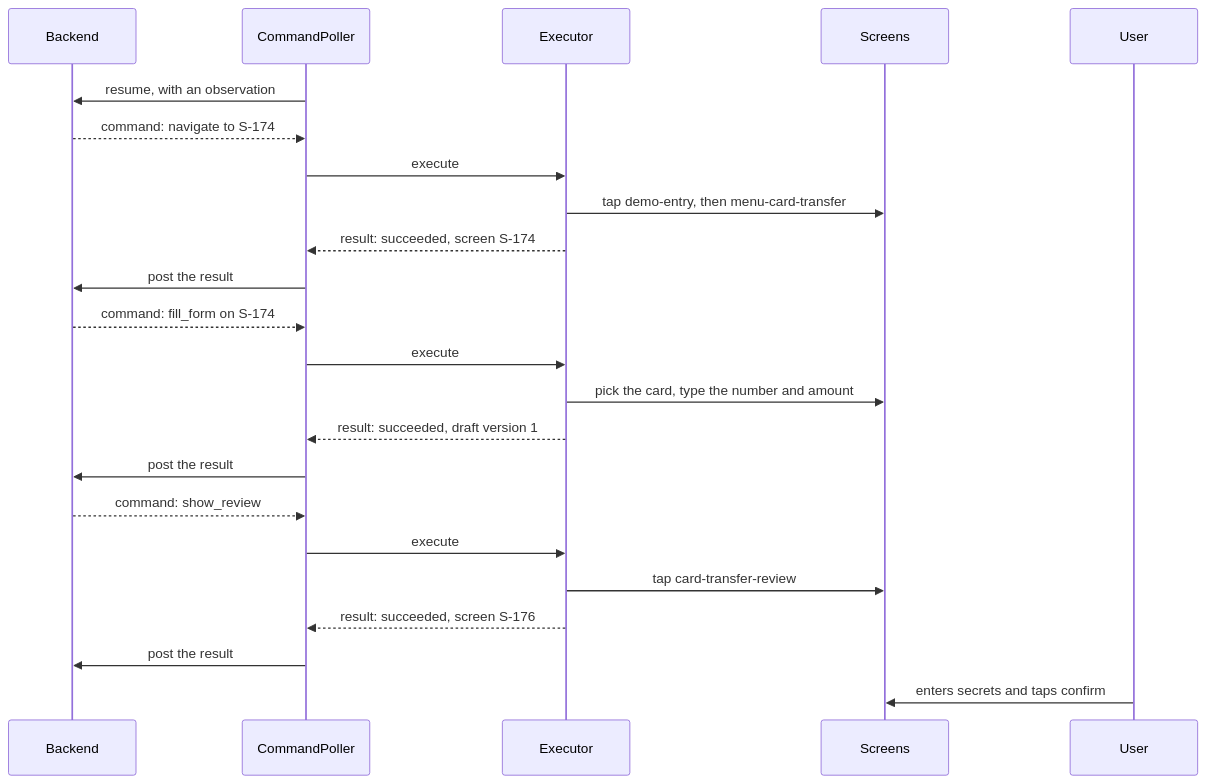
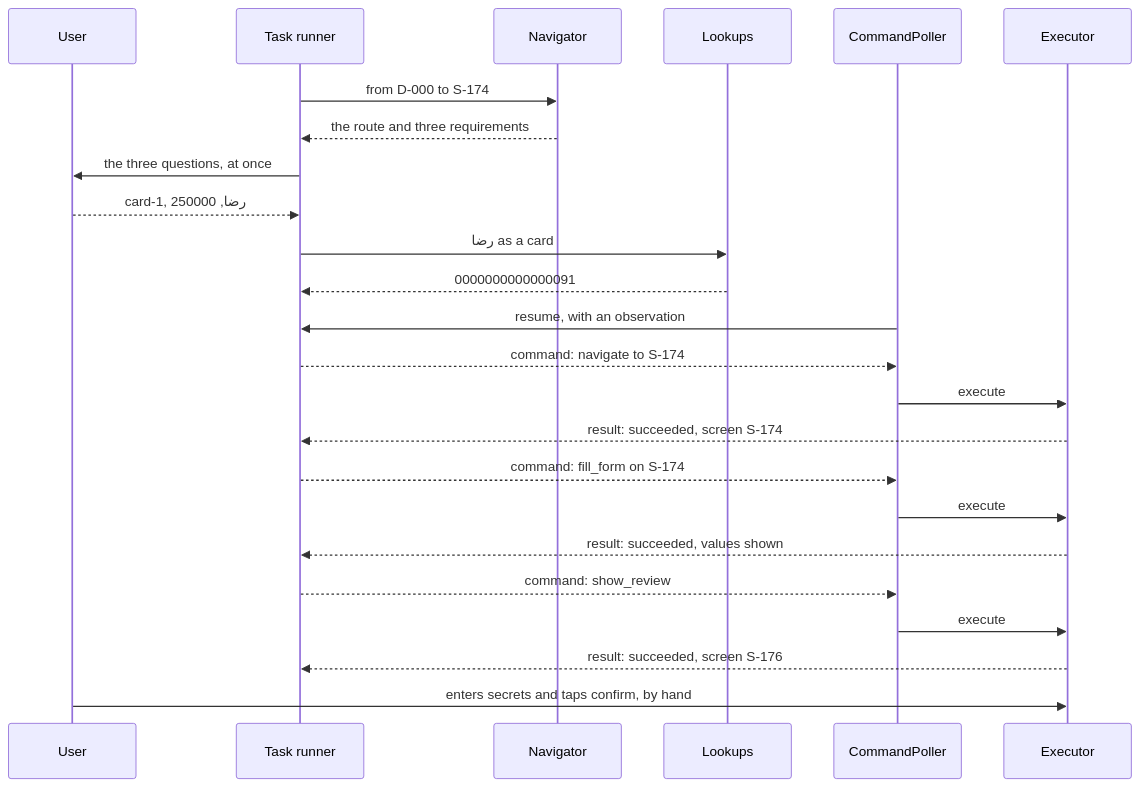
One commit to Hooman1996/RagBot-Assistant changed the diagram in docs/bridge/command-lifecycle.md. Above: the diagram before and after it, drawn with Mermaid. The commit also changed other lines of this file and 75 other files, not shown here.

Commit message:
[S3-03] Dev command loop, Python navigator and interactive graph (#94, D-023) (#130)

````diff
--- a/docs/bridge/command-lifecycle.md
+++ b/docs/bridge/command-lifecycle.md
@@ -9,25 +10,26 @@
 ```mermaid
 sequenceDiagram
-    participant B as Backend
+    participant U as User
+    participant R as Task runner
+    participant N as Navigator
+    participant K as Lookups
     participant P as CommandPoller
     participant E as Executor
-    participant S as Screens
-    participant U as User
-    P->>B: resume, with an observation
-    B-->>P: command: navigate to S-174
+    R->>N: from D-000 to S-174
+    N-->>R: the route and three requirements
+    R->>U: the three questions, at once
+    U-->>R: card-1, رضا, 250000
+    R->>K: رضا as a card
+    K-->>R: 0000000000000091
+    P->>R: resume, with an observation
+    R-->>P: command: navigate to S-174
     P->>E: execute
-    E->>S: tap demo-entry, then menu-card-transfer
-    E-->>P: result: succeeded, screen S-174
-    P->>B: post the result
-    B-->>P: command: fill_form on S-174
+    E-->>R: result: succeeded, screen S-174
+    R-->>P: command: fill_form on S-174
     P->>E: execute
-    E->>S: pick the card, type the number and amount
-    E-->>P: result: succeeded, draft version 1
-    P->>B: post the result
-    B-->>P: command: show_review
+    E-->>R: result: succeeded, values shown
+    R-->>P: command: show_review
     P->>E: execute
-    E->>S: tap card-transfer-review
-    E-->>P: result: succeeded, screen S-176
-    P->>B: post the result
-    U->>S: enters secrets and taps confirm
+    E-->>R: result: succeeded, screen S-176
+    U->>E: enters secrets and taps confirm, by hand
 ```
````
